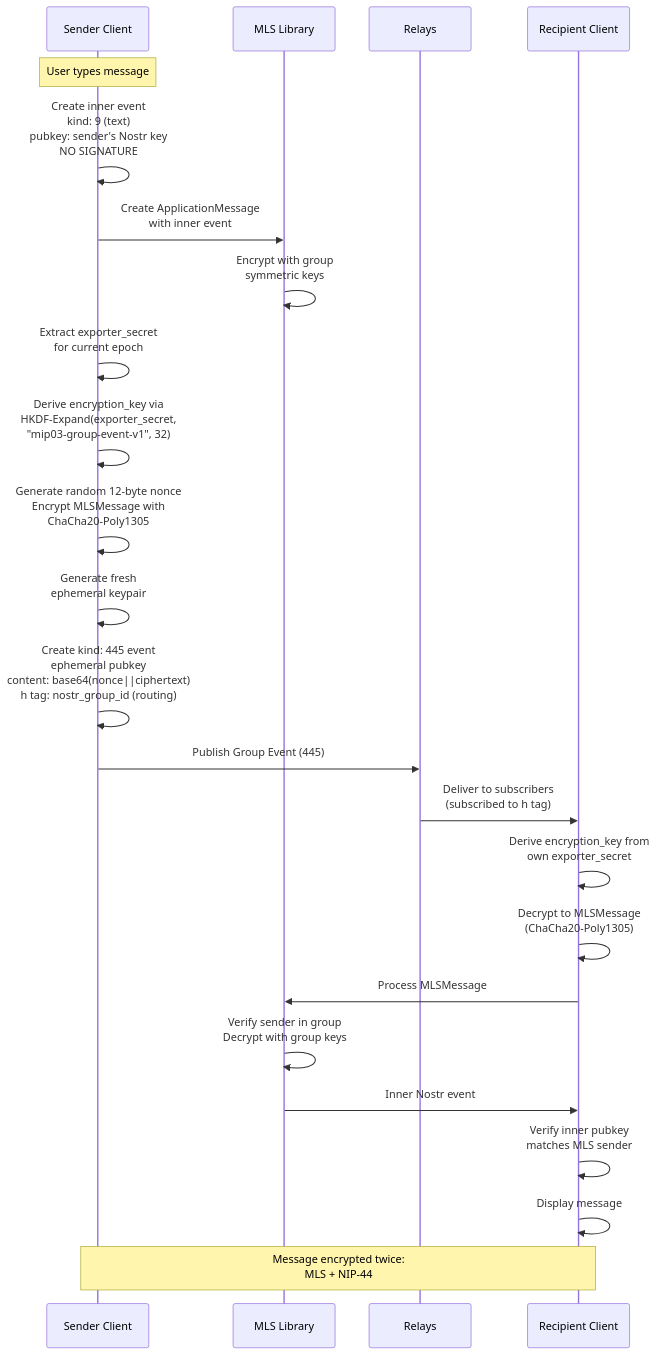
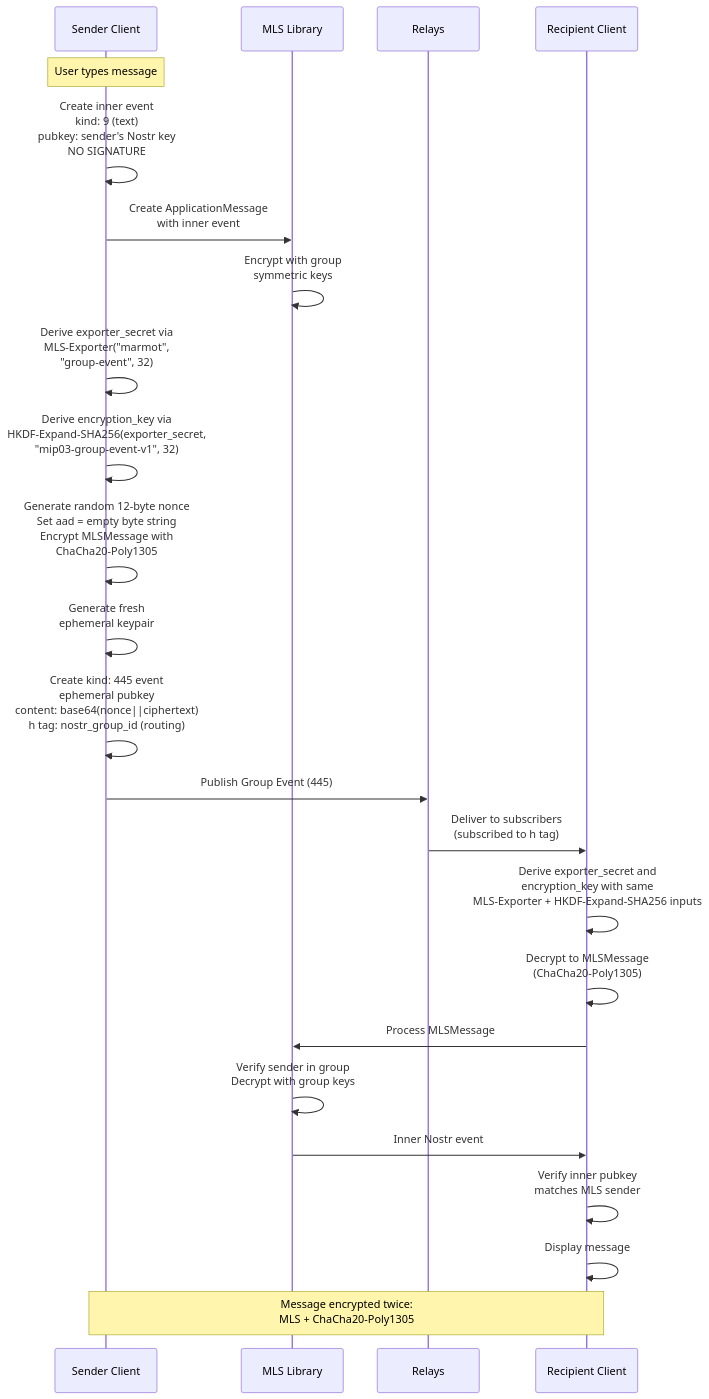
Before and after one commit to parres-hq/marmot: the fourth of 9 diagrams in data_flows.md, drawn with Mermaid. The commit also changed other lines of this file and 2 other files, not shown here.

Commit message:
docs(mip-03): standardize kind:445 key derivation and AAD handling
Align MIP-03 with the two-step exporter+HKDF pattern and explicit empty-byte-string AAD so implementations derive identical ciphertexts. Sync data flow and threat model wording to remove stale NIP-44 references and keep the spec set interoperable.

````diff
--- a/data_flows.md
+++ b/data_flows.md
@@ -220,45 +220,45 @@
 ```mermaid
 sequenceDiagram
     participant S as Sender Client
     participant MLS as MLS Library
     participant R as Relays
     participant Rec as Recipient Client
 
     Note over S: User types message
 
     S->>S: Create inner event<br/>kind: 9 (text)<br/>pubkey: sender's Nostr key<br/>NO SIGNATURE
 
     S->>MLS: Create ApplicationMessage<br/>with inner event
 
     MLS->>MLS: Encrypt with group<br/>symmetric keys
 
-    S->>S: Extract exporter_secret<br/>for current epoch
+    S->>S: Derive exporter_secret via<br/>MLS-Exporter("marmot",<br/>"group-event", 32)
 
-    S->>S: Derive encryption_key via<br/>HKDF-Expand(exporter_secret,<br/>"mip03-group-event-v1", 32)
+    S->>S: Derive encryption_key via<br/>HKDF-Expand-SHA256(exporter_secret,<br/>"mip03-group-event-v1", 32)
 
-    S->>S: Generate random 12-byte nonce<br/>Encrypt MLSMessage with<br/>ChaCha20-Poly1305
+    S->>S: Generate random 12-byte nonce<br/>Set aad = empty byte string<br/>Encrypt MLSMessage with<br/>ChaCha20-Poly1305
 
     S->>S: Generate fresh<br/>ephemeral keypair
 
     S->>S: Create kind: 445 event<br/>ephemeral pubkey<br/>content: base64(nonce||ciphertext)<br/>h tag: nostr_group_id (routing)
 
     S->>R: Publish Group Event (445)
 
     R->>Rec: Deliver to subscribers<br/>(subscribed to h tag)
 
-    Rec->>Rec: Derive encryption_key from<br/>own exporter_secret
+    Rec->>Rec: Derive exporter_secret and<br/>encryption_key with same<br/>MLS-Exporter + HKDF-Expand-SHA256 inputs
 
     Rec->>Rec: Decrypt to MLSMessage<br/>(ChaCha20-Poly1305)
 
     Rec->>MLS: Process MLSMessage
 
     MLS->>MLS: Verify sender in group<br/>Decrypt with group keys
 
     MLS->>Rec: Inner Nostr event
 
     Rec->>Rec: Verify inner pubkey<br/>matches MLS sender
 
     Rec->>Rec: Display message
 
-    Note over S,Rec: Message encrypted twice:<br/>MLS + NIP-44
+    Note over S,Rec: Message encrypted twice:<br/>MLS + ChaCha20-Poly1305
 ```
````
